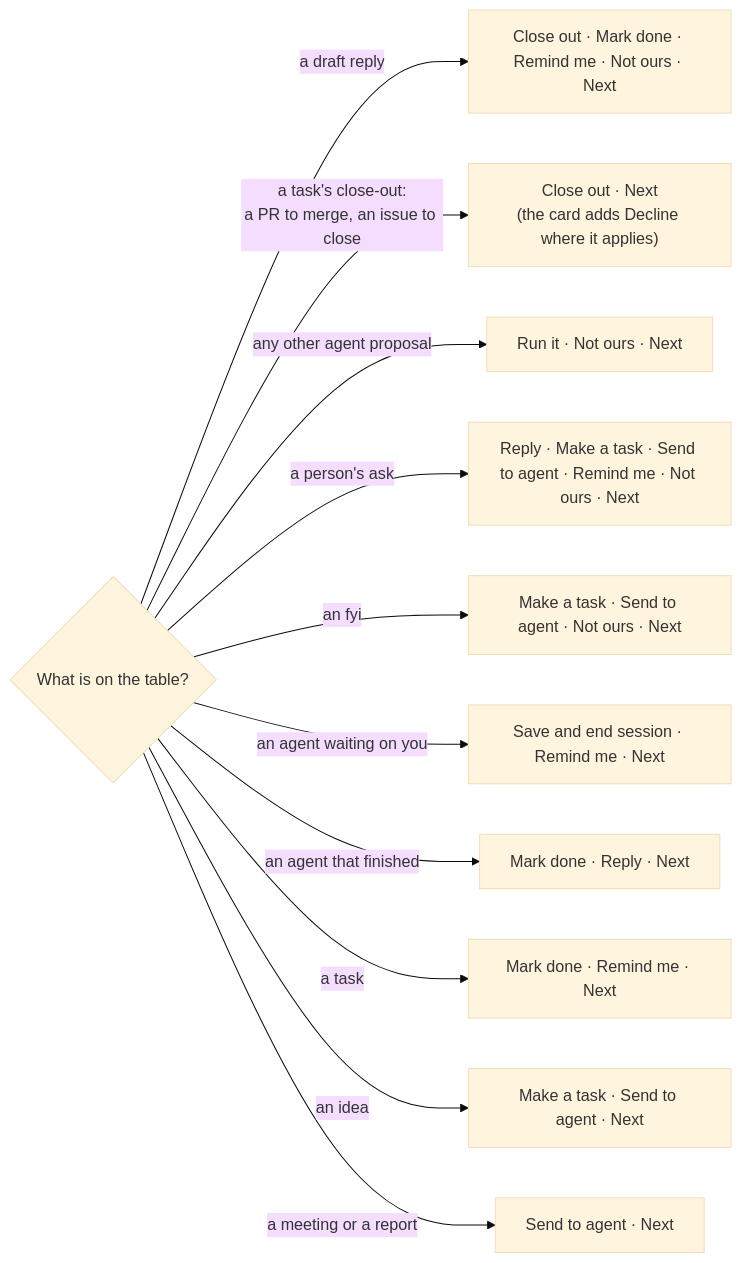
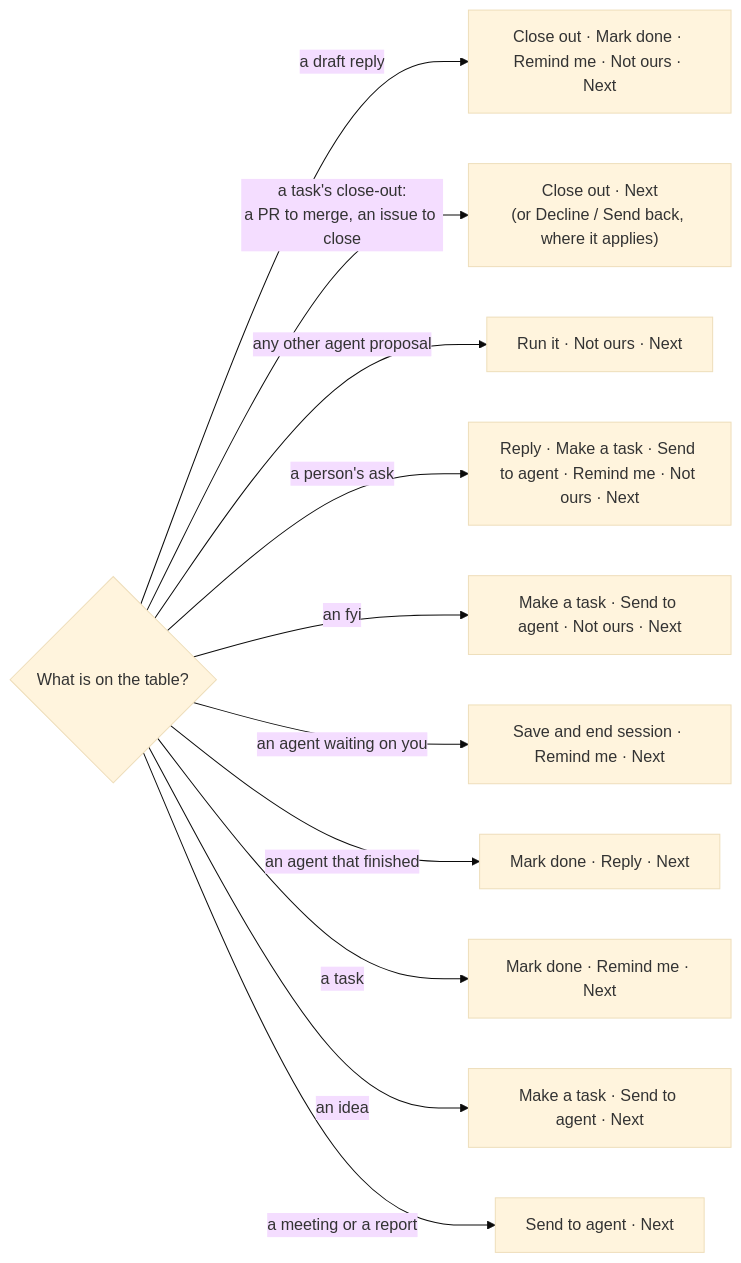
Before and after one commit to ldbumble/taskuary: the first of 3 diagrams in docs/assistant-words.md, drawn with Mermaid (base theme). The commit also changed other lines of this file and 6 other files, not shown here.

Commit message:
docs: the Assistant's words name Send back to the agent, and a close-out card has no Reject

````diff
--- a/docs/assistant-words.md
+++ b/docs/assistant-words.md
@@ -14,14 +14,14 @@
 ```mermaid
 flowchart LR
   C{"What is on the table?"}
   C -->|a draft reply| B1["Close out · Mark done · Remind me · Not ours · Next"]
-  C -->|a task's close-out:<br/>a PR to merge, an issue to close| B0["Close out · Next<br/>(the card adds Decline where it applies)"]
+  C -->|a task's close-out:<br/>a PR to merge, an issue to close| B0["Close out · Next<br/>(or Decline / Send back, where it applies)"]
   C -->|any other agent proposal| B2["Run it · Not ours · Next"]
   C -->|a person's ask| B3["Reply · Make a task · Send to agent · Remind me · Not ours · Next"]
   C -->|an fyi| B4["Make a task · Send to agent · Not ours · Next"]
   C -->|an agent waiting on you| B5["Save and end session · Remind me · Next"]
   C -->|an agent that finished| B6["Mark done · Reply · Next"]
   C -->|a task| B7["Mark done · Remind me · Next"]
   C -->|an idea| B8["Make a task · Send to agent · Next"]
   C -->|a meeting or a report| B9["Send to agent · Next"]
 ```
````
